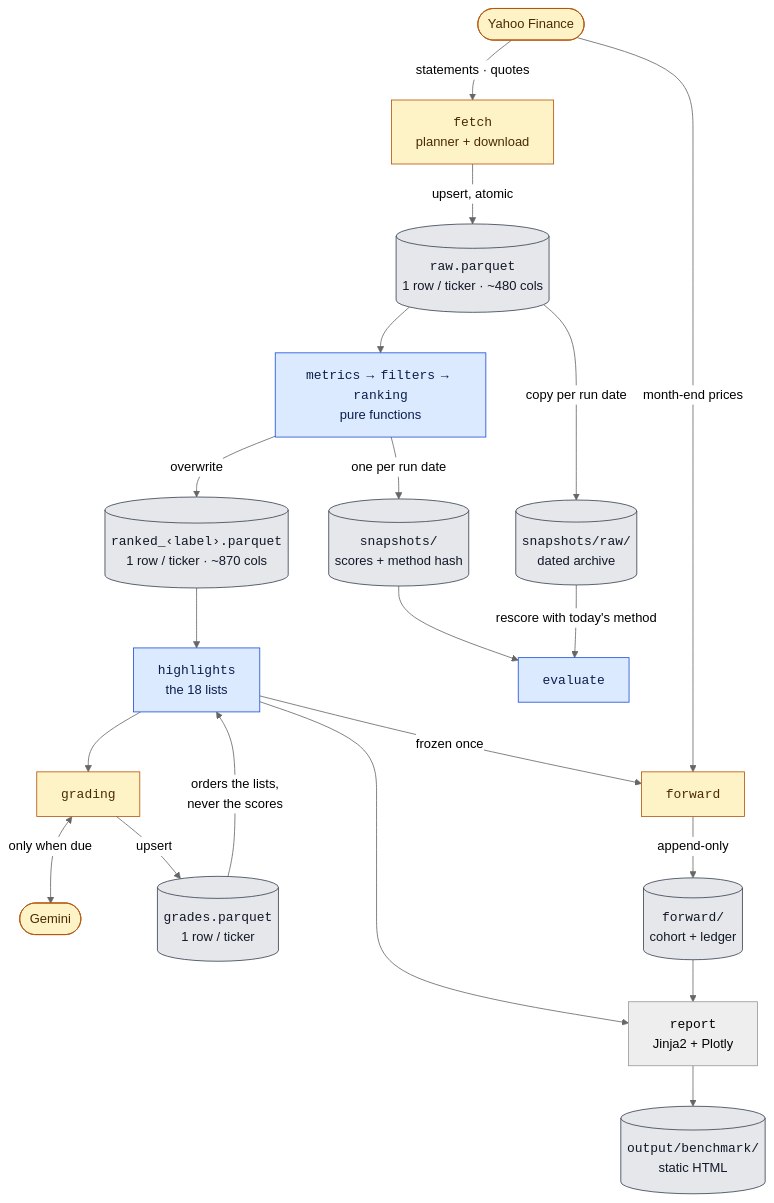
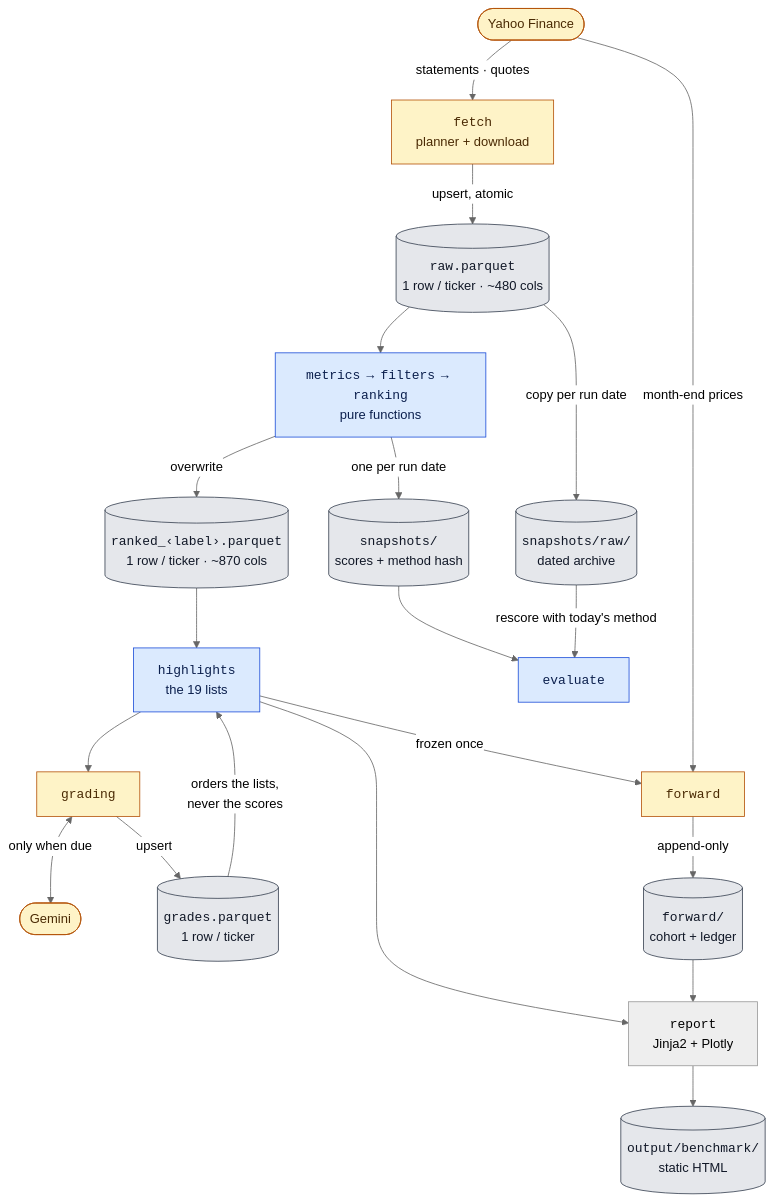
The second of 5 diagrams in ARCHITECTURE.md (JAlvarezRomario/equity-screening-pipeline), drawn with Mermaid (neutral theme) before and after one commit. The commit also changed 10 other files, not shown here.

````diff
--- a/ARCHITECTURE.md
+++ b/ARCHITECTURE.md
@@ -81,29 +81,29 @@
 ```mermaid
 flowchart TB
     Y(["Yahoo Finance"]) -->|"statements · quotes"| F["<code>fetch</code><br/>planner + download"]
     F -->|"upsert, atomic"| RAW[("<code>raw.parquet</code><br/>1 row / ticker · ~480 cols")]
     RAW --> CORE["<code>metrics</code> → <code>filters</code> → <code>ranking</code><br/>pure functions"]
     RAW -->|"copy per run date"| RA[("<code>snapshots/raw/</code><br/>dated archive")]
     CORE -->|"overwrite"| RK[("<code>ranked_‹label›.parquet</code><br/>1 row / ticker · ~870 cols")]
     CORE -->|"one per run date"| SN[("<code>snapshots/</code><br/>scores + method hash")]
-    RK --> HL["<code>highlights</code><br/>the 18 lists"]
+    RK --> HL["<code>highlights</code><br/>the 19 lists"]
     HL --> GR["<code>grading</code>"]
     GR <-->|"only when due"| GM(["Gemini"])
     GR -->|"upsert"| GD[("<code>grades.parquet</code><br/>1 row / ticker")]
     GD -->|"orders the lists,<br/>never the scores"| HL
     HL -->|"frozen once"| FW["<code>forward</code>"]
     Y -->|"month-end prices"| FW
     FW -->|"append-only"| LG[("<code>forward/</code><br/>cohort + ledger")]
     HL --> SITE["<code>report</code><br/>Jinja2 + Plotly"]
     LG --> SITE
     SITE --> OUT[("<code>output/benchmark/</code><br/>static HTML")]
     SN --> EV["<code>evaluate</code>"]
     RA -->|"rescore with today's method"| EV
 
     classDef pure fill:#dbeafe,stroke:#1d4ed8,color:#0b1f4d
     classDef ext fill:#fef3c7,stroke:#b45309,color:#4a2a04
     classDef store fill:#e5e7eb,stroke:#374151,color:#111827
     class CORE,HL,EV pure
     class Y,GM,F,GR,FW ext
     class RAW,RA,RK,SN,GD,LG,OUT store
 ```
````
